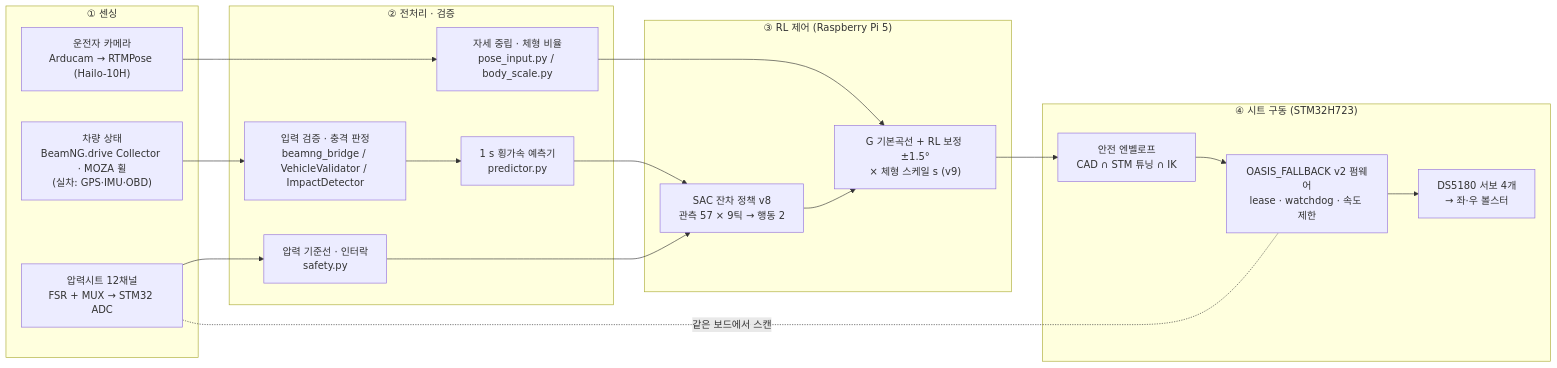
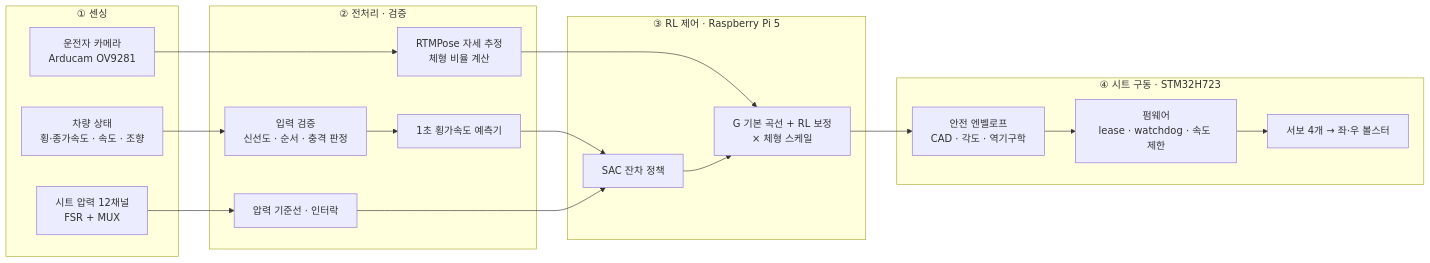
The diagram in README.md (xw00hw/2026ESWContest_mobility_O.A.S.I.S), drawn with Mermaid before and after one commit. The commit also changed other lines of this file and 21 other files, not shown here.

````diff
--- a/README.md
+++ b/README.md
@@ -12,28 +47,27 @@
 ```mermaid
 flowchart LR
     subgraph S["① 센싱"]
-        V["차량 상태<br/>BeamNG.drive Collector · MOZA 휠<br/>(실차: GPS·IMU·OBD)"]
-        P["압력시트 12채널<br/>FSR + MUX → STM32 ADC"]
-        C["운전자 카메라<br/>Arducam → RTMPose (Hailo-10H)"]
+        V["차량 상태<br/>횡·종가속도 · 속도 · 조향"]
+        P["시트 압력 12채널<br/>FSR + MUX"]
+        C["운전자 카메라<br/>Arducam OV9281"]
     end
     subgraph D["② 전처리 · 검증"]
-        B["입력 검증 · 충격 판정<br/>beamng_bridge / VehicleValidator / ImpactDetector"]
-        F["1 s 횡가속 예측기<br/>predictor.py"]
-        Q["압력 기준선 · 인터락<br/>safety.py"]
-        K["자세 중립 · 체형 비율<br/>pose_input.py / body_scale.py"]
+        B["입력 검증<br/>신선도 · 순서 · 충격 판정"]
+        F["1초 횡가속도 예측기"]
+        Q["압력 기준선 · 인터락"]
+        K["RTMPose 자세 추정<br/>체형 비율 계산"]
     end
-    subgraph R["③ RL 제어 (Raspberry Pi 5)"]
-        A["SAC 잔차 정책 v8<br/>관측 57 × 9틱 → 행동 2"]
-        G["G 기본곡선 + RL 보정 ±1.5°<br/>× 체형 스케일 s (v9)"]
+    subgraph R["③ RL 제어 · Raspberry Pi 5"]
+        A["SAC 잔차 정책"]
+        G["G 기본 곡선 + RL 보정<br/>× 체형 스케일"]
     end
-    subgraph M["④ 시트 구동 (STM32H723)"]
-        E["안전 엔벨로프<br/>CAD ∩ STM 튜닝 ∩ IK"]
-        W["OASIS_FALLBACK v2 펌웨어<br/>lease · watchdog · 속도 제한"]
-        X["DS5180 서보 4개<br/>→ 좌·우 볼스터"]
+    subgraph M["④ 시트 구동 · STM32H723"]
+        E["안전 엔벨로프<br/>CAD · 각도 · 역기구학"]
+        W["펌웨어<br/>lease · watchdog · 속도 제한"]
+        X["서보 4개 → 좌·우 볼스터"]
     end
     V --> B --> F --> A
     P --> Q --> A
     C --> K --> G
     A --> G --> E --> W --> X
-    P -. 같은 보드에서 스캔 .- W
 ```
````
